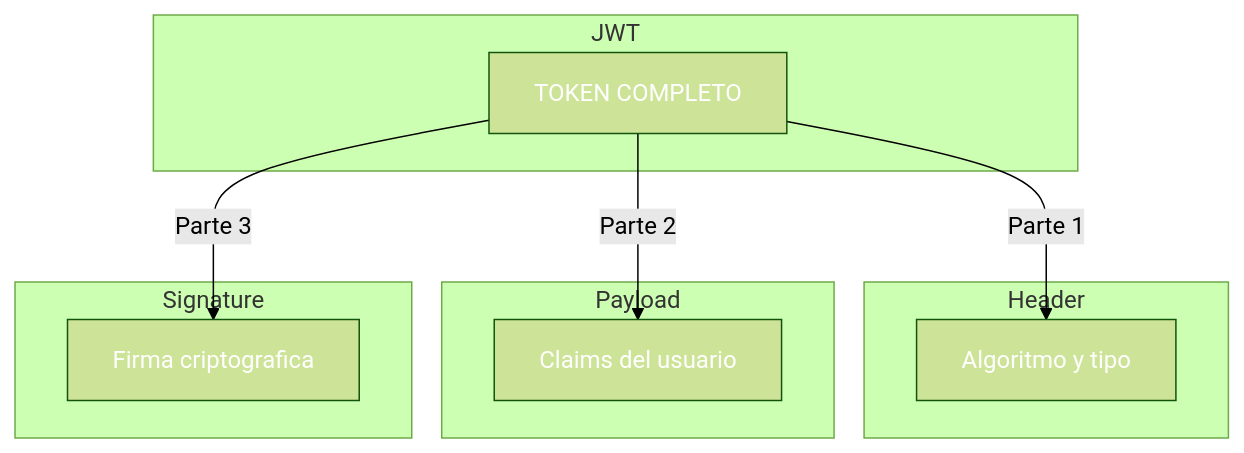
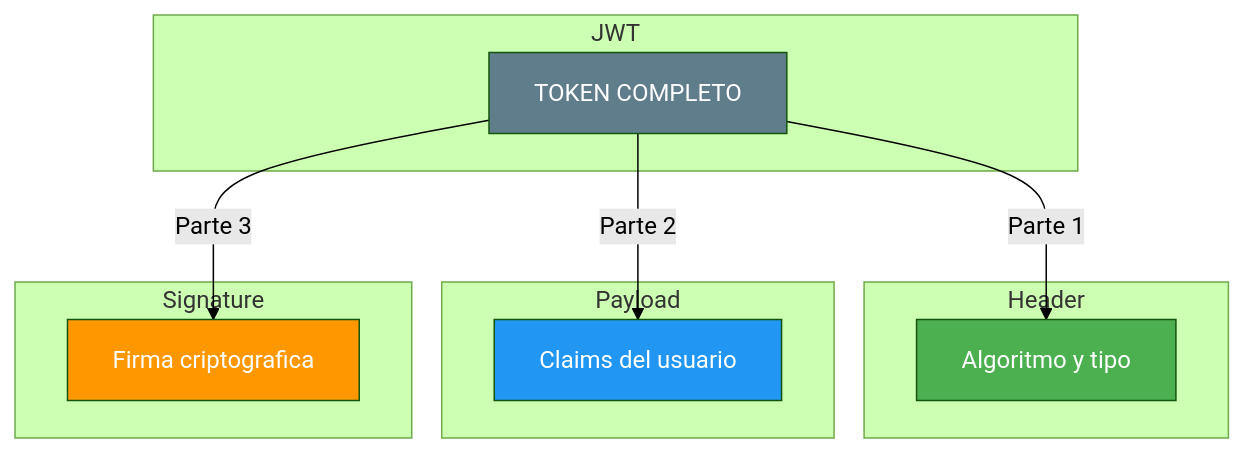
The seventh of 15 diagrams in 16-autenticacion.md (joseluisgs/DesarrolloWebEntornosServidor-02-2026-2027), drawn with Mermaid (forest theme) before and after one commit. The commit also changed other lines of this file and 29 other files, not shown here.

Commit message:
docs: corregir estilos Mermaid y estilo, quitar referencias a la Tienda y reestructurar los retos 13 y 15

````diff
--- a/16-autenticacion.md
+++ b/16-autenticacion.md
@@ -205,27 +205,27 @@
 ```mermaid
 flowchart TD
     subgraph JWT
         T[TOKEN COMPLETO]
     end
 
     subgraph Header
         H1[Algoritmo y tipo]
     end
 
     subgraph Payload
         P1[Claims del usuario]
     end
 
     subgraph Signature
         S1[Firma criptografica]
     end
 
     T -->|Parte 1| H1
     T -->|Parte 2| P1
     T -->|Parte 3| S1
 
-    style T fill:#607D8,color:#fffB,color:#fff
-    style H1 fill:#4CAF5,color:#fff0,color:#fff
-    style P1 fill:#2196F,color:#fff3,color:#fff
-    style S1 fill:#FF980,color:#fff0,color:#fff
+    style T fill:#607D8B,color:#fff
+    style H1 fill:#4CAF50,color:#fff
+    style P1 fill:#2196F3,color:#fff
+    style S1 fill:#FF9800,color:#fff
 ```
````
